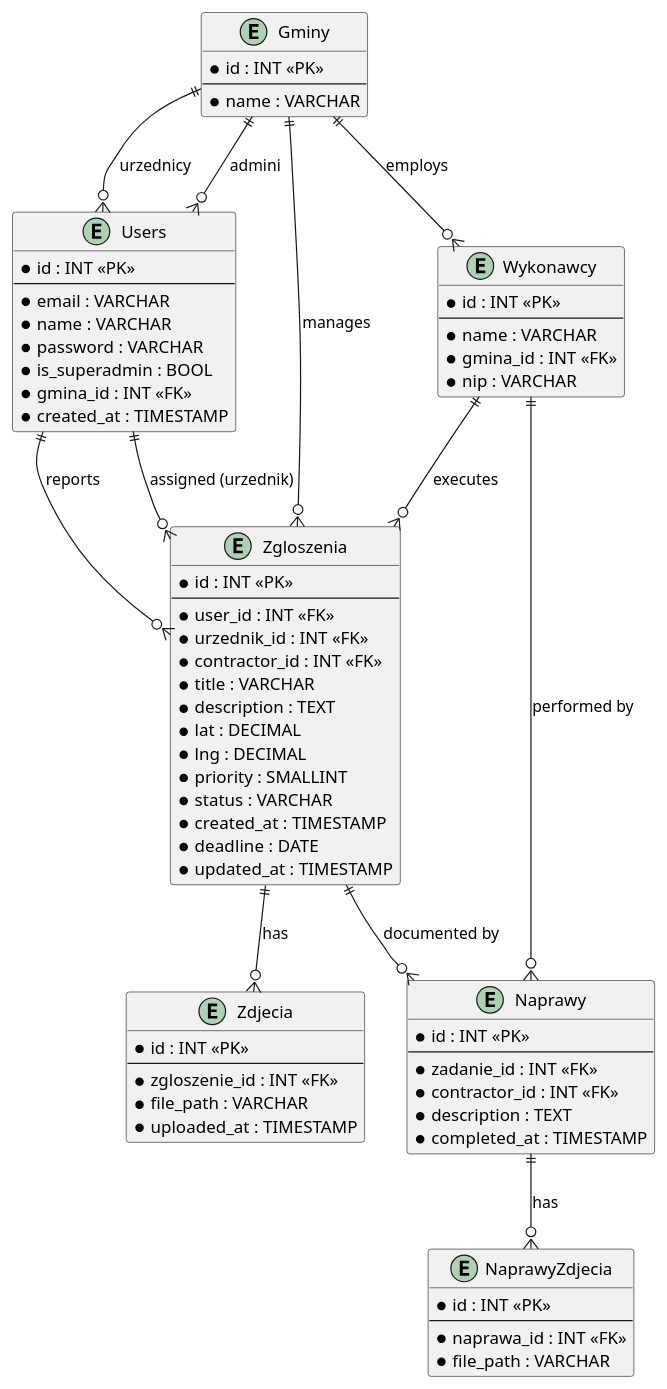
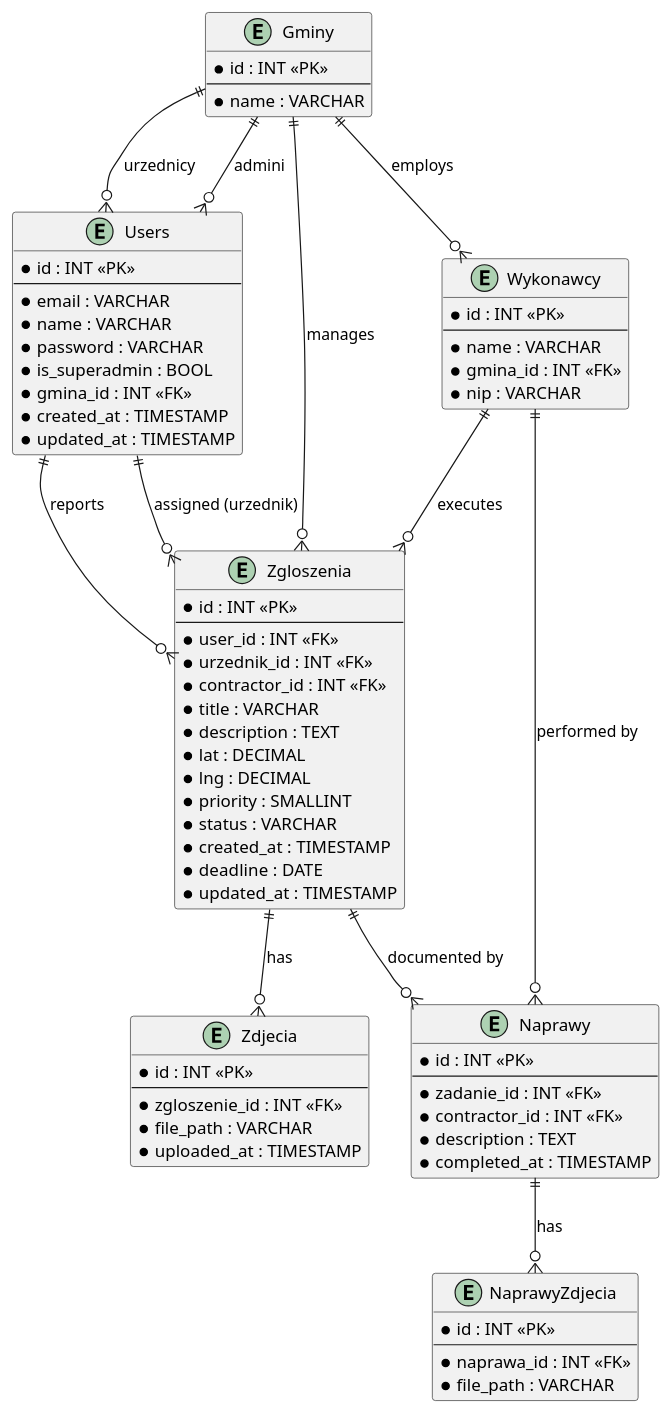
Before and after one commit to chitaprr/JPAI_RoadWatch: the diagram in baza_danych.plantuml, drawn with PlantUML. The commit also changed 15 other files, not shown here.

```diff
--- a/baza_danych.plantuml
+++ b/baza_danych.plantuml
@@ -1,81 +1,82 @@
 @startuml baza
 
 entity Users {
     * id : INT <<PK>>
     --
     * email : VARCHAR
     * name : VARCHAR
     * password : VARCHAR
     * is_superadmin : BOOL
     * gmina_id : INT <<FK>>
     * created_at : TIMESTAMP
+    * updated_at : TIMESTAMP
 }
 
 entity Gminy {
     * id : INT <<PK>>
     --
     * name : VARCHAR
 }
 
 entity Zgloszenia {
     * id : INT <<PK>>
     --
     * user_id : INT <<FK>>
     * urzednik_id : INT <<FK>>
     * contractor_id : INT <<FK>>
     * title : VARCHAR
     * description : TEXT
     * lat : DECIMAL
     * lng : DECIMAL
     * priority : SMALLINT
     * status : VARCHAR
     * created_at : TIMESTAMP
     * deadline : DATE
     * updated_at : TIMESTAMP
 }
 
 entity Zdjecia {
     * id : INT <<PK>>
     --
     * zgloszenie_id : INT <<FK>>
     * file_path : VARCHAR
     * uploaded_at : TIMESTAMP
 }
 
 entity Naprawy {
     * id : INT <<PK>>
     --
     * zadanie_id : INT <<FK>>
     * contractor_id : INT <<FK>>
     * description : TEXT
     * completed_at : TIMESTAMP
 }
 
 entity NaprawyZdjecia {
     * id : INT <<PK>>
     --
     * naprawa_id : INT <<FK>>
     * file_path : VARCHAR
 }
 
 entity Wykonawcy {
     * id : INT <<PK>>
     --
     * name : VARCHAR
     * gmina_id : INT <<FK>>
     * nip : VARCHAR
 }
 
 Gminy ||--o{ Users : "urzednicy"
 Gminy ||--o{ Users : "admini"
 Gminy ||--o{ Zgloszenia : "manages"
 Users ||--o{ Zgloszenia : "reports"
 Users ||--o{ Zgloszenia : "assigned (urzednik)"
 Wykonawcy ||--o{ Zgloszenia : "executes"
 Zgloszenia ||--o{ Zdjecia : "has"
 Zgloszenia ||--o{ Naprawy : "documented by"
 Wykonawcy ||--o{ Naprawy : "performed by"
 Naprawy ||--o{ NaprawyZdjecia : "has"
 Gminy ||--o{ Wykonawcy : "employs"
 
 @enduml
```
